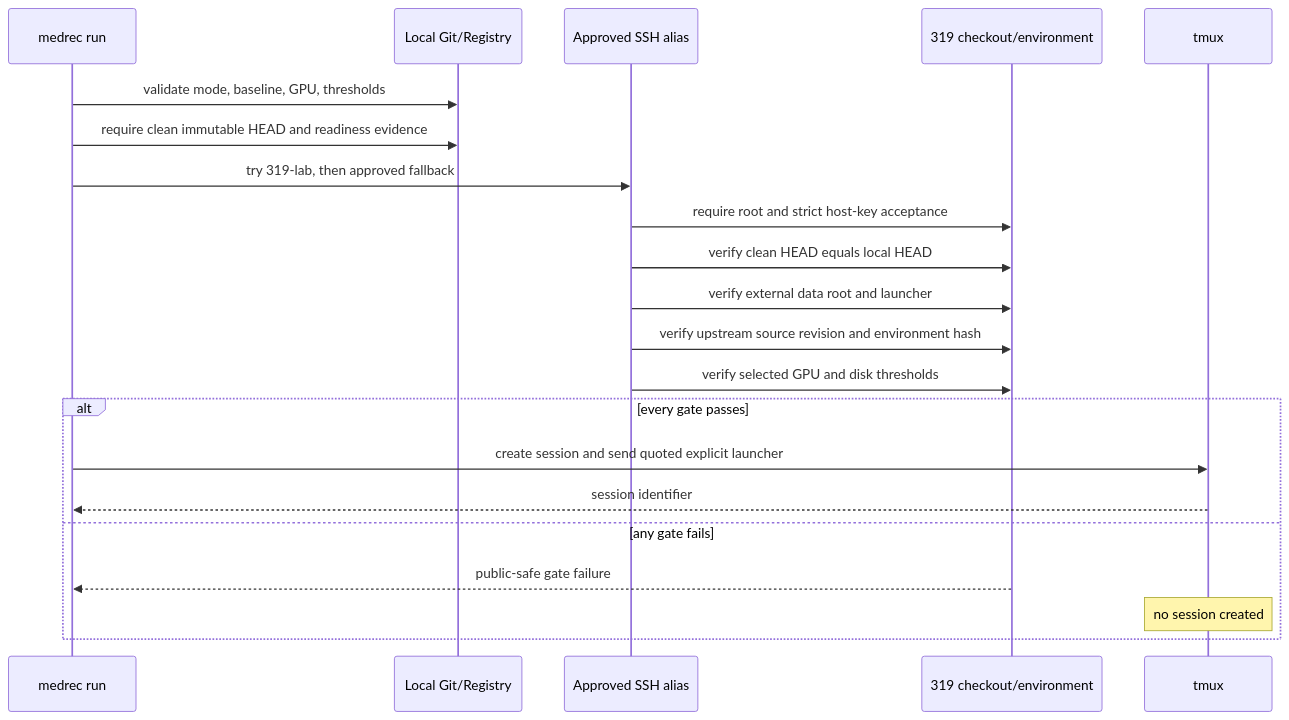
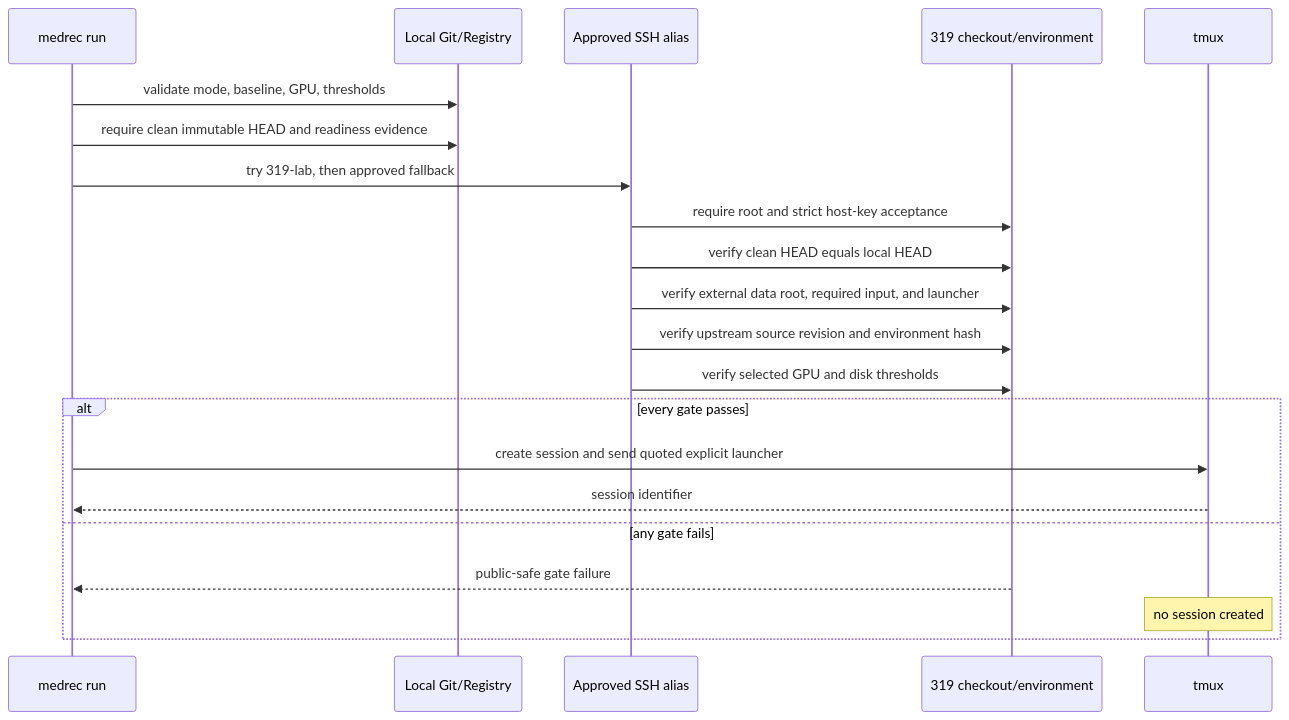
The second of 2 diagrams in docs/plans/2026-08-22-001-refactor-architecture-friction-points-plan.md (Aeonbrk/medrec-research), drawn with Mermaid before and after one commit. The commit also changed other lines of this file and 9 other files, not shown here.

````diff
--- a/docs/plans/2026-08-22-001-refactor-architecture-friction-points-plan.md
+++ b/docs/plans/2026-08-22-001-refactor-architecture-friction-points-plan.md
@@ -93,24 +93,24 @@
 ```mermaid
 sequenceDiagram
     participant U as medrec run
     participant L as Local Git/Registry
     participant S as Approved SSH alias
     participant R as 319 checkout/environment
     participant T as tmux
 
     U->>L: validate mode, baseline, GPU, thresholds
     U->>L: require clean immutable HEAD and readiness evidence
     U->>S: try 319-lab, then approved fallback
     S->>R: require root and strict host-key acceptance
     S->>R: verify clean HEAD equals local HEAD
-    S->>R: verify external data root and launcher
+    S->>R: verify external data root, required input, and launcher
     S->>R: verify upstream source revision and environment hash
     S->>R: verify selected GPU and disk thresholds
     alt every gate passes
         U->>T: create session and send quoted explicit launcher
         T-->>U: session identifier
     else any gate fails
         R-->>U: public-safe gate failure
         Note over T: no session created
     end
 ```
````
